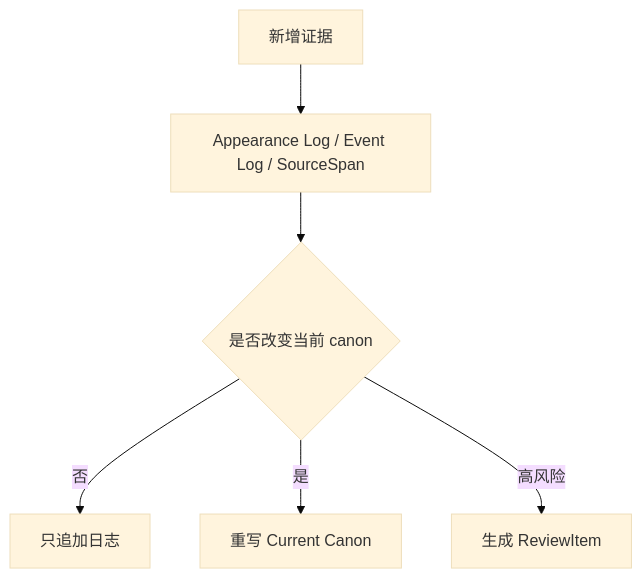
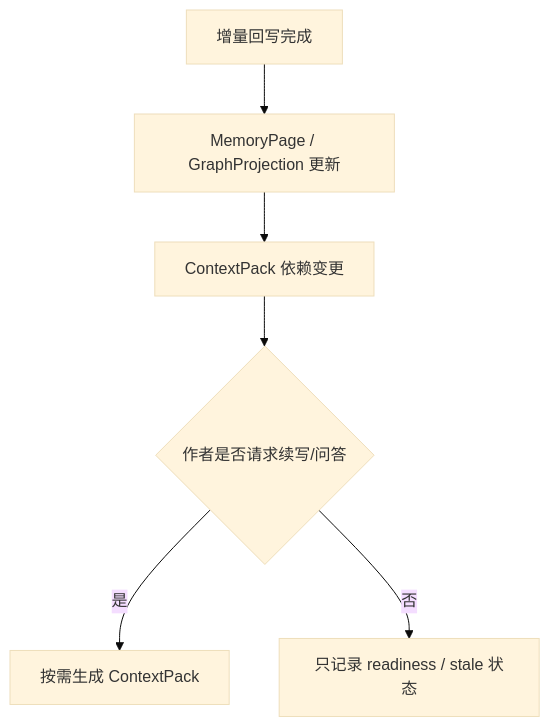
One commit to FrankQDWang/sextantlabs changed the fifth of 5 diagrams in goals/17-incremental-memory-writeback.md. Above: the diagram before and after it, drawn with Mermaid (base theme). The commit also changed other lines of this file, not shown here.

Commit message:
Clarify incremental writeback and canon promotion gate

````diff
--- a/goals/17-incremental-memory-writeback.md
+++ b/goals/17-incremental-memory-writeback.md
@@ -123,8 +182,8 @@
 ```mermaid
 flowchart TD
-    A[新增证据] --> B[Appearance Log / Event Log / SourceSpan]
-    B --> C{是否改变当前 canon}
-    C -->|否| D[只追加日志]
-    C -->|是| E[重写 Current Canon]
-    C -->|高风险| F[生成 ReviewItem]
+    A[增量回写完成] --> B[MemoryPage / GraphProjection 更新]
+    B --> C[ContextPack 依赖变更]
+    C --> D{作者是否请求续写/问答}
+    D -->|是| E[按需生成 ContextPack]
+    D -->|否| F[只记录 readiness / stale 状态]
 ```
````
